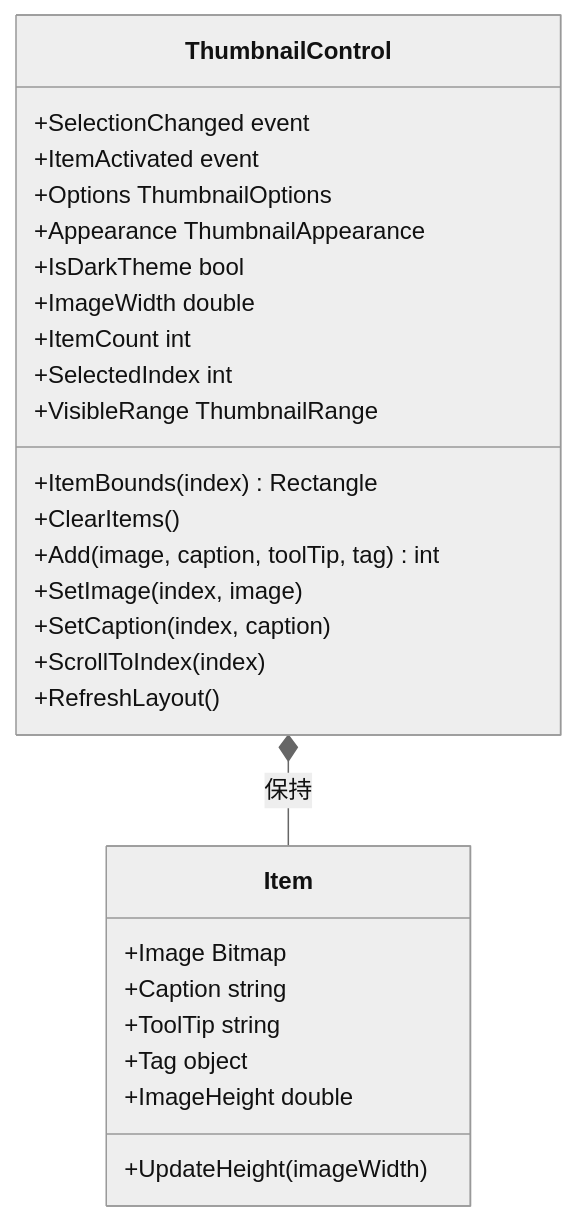
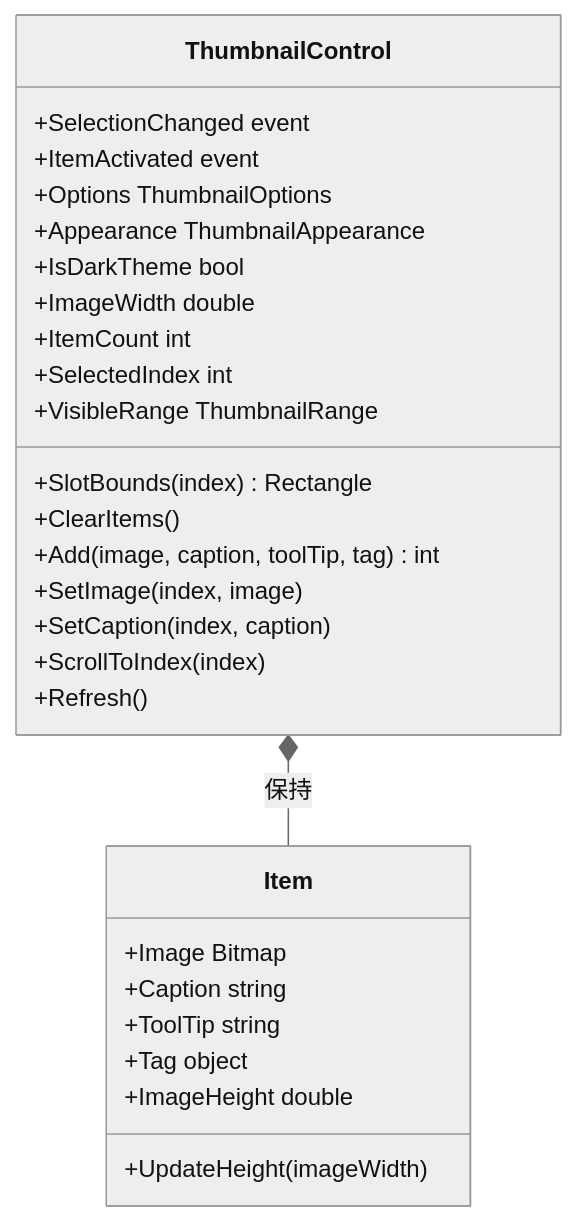
The second of 3 diagrams in EsUtil.Ui.WinForms/Thumbnail/docs/SPEC_System.md (tomokuni/EsUtil), drawn with Mermaid (neutral theme) before and after one commit. The commit also changed other lines of this file and 24 other files, not shown here.

````diff
--- a/EsUtil.Ui.WinForms/Thumbnail/docs/SPEC_System.md
+++ b/EsUtil.Ui.WinForms/Thumbnail/docs/SPEC_System.md
@@ -105,31 +105,31 @@
 ```mermaid
 classDiagram
     class ThumbnailControl {
         +SelectionChanged event
         +ItemActivated event
         +Options ThumbnailOptions
         +Appearance ThumbnailAppearance
         +IsDarkTheme bool
         +ImageWidth double
         +ItemCount int
         +SelectedIndex int
         +VisibleRange ThumbnailRange
-        +ItemBounds(index) Rectangle
+        +SlotBounds(index) Rectangle
         +ClearItems()
         +Add(image, caption, toolTip, tag) int
         +SetImage(index, image)
         +SetCaption(index, caption)
         +ScrollToIndex(index)
-        +RefreshLayout()
+        +Refresh()
     }
     class Item {
         +Image Bitmap
         +Caption string
         +ToolTip string
         +Tag object
         +ImageHeight double
         +UpdateHeight(imageWidth)
     }
 
     ThumbnailControl *-- Item : 保持
 ```
````
